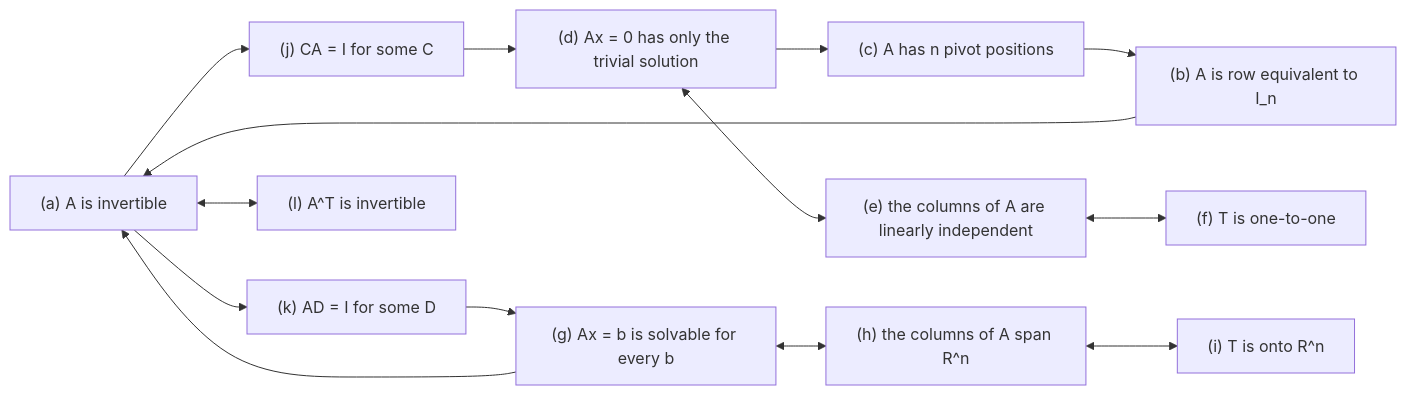
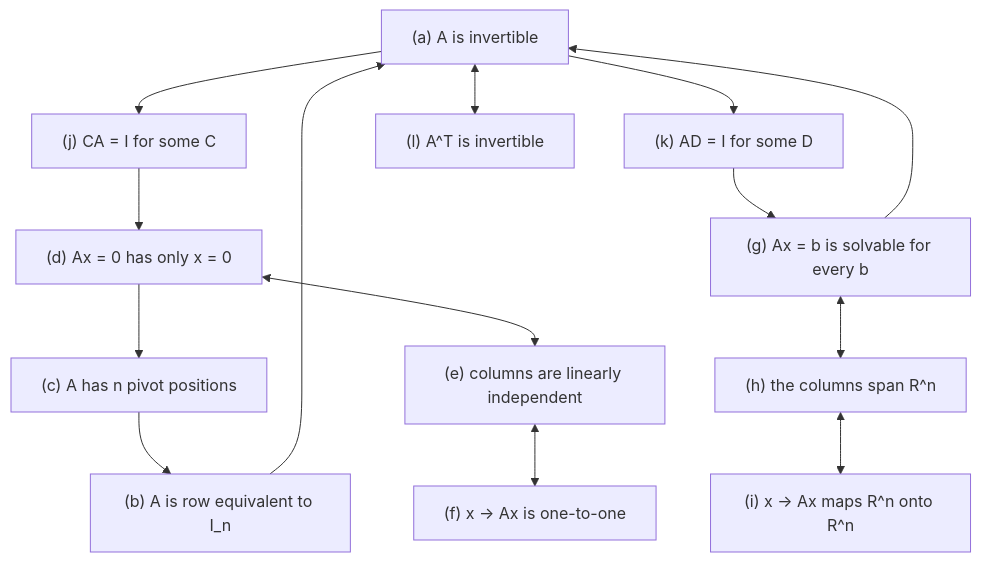
The first of 2 diagrams in CCT/CCT3/Lin. Alg/B2 - K1 - Karakterisering af invertible marticer og underrum..md (8u5h1d0/CCT-AAU), drawn with Mermaid before and after one commit. The commit also changed other lines of this file and 22 other files, not shown here.

````diff
--- a/CCT/CCT3/Lin. Alg/B2 - K1 - Karakterisering af invertible marticer og underrum..md
+++ b/CCT/CCT3/Lin. Alg/B2 - K1 - Karakterisering af invertible marticer og underrum..md
@@ -215,16 +136,16 @@
 ```mermaid
-flowchart LR
-  a["(a) A is invertible"] --> j["(j) CA = I for some C"]
-  j --> d["(d) Ax = 0 has only the trivial solution"]
-  d --> c["(c) A has n pivot positions"]
-  c --> b["(b) A is row equivalent to I_n"]
-  b --> a
-  a --> k["(k) AD = I for some D"]
-  k --> g["(g) Ax = b is solvable for every b"]
-  g --> a
-  g <--> h["(h) the columns of A span R^n"]
-  h <--> i["(i) T is onto R^n"]
-  d <--> e["(e) the columns of A are linearly independent"]
-  e <--> f["(f) T is one-to-one"]
-  a <--> l["(l) A^T is invertible"]
+flowchart TD
+    a["(a) A is invertible"] --> j["(j) CA = I for some C"]
+    j --> d["(d) Ax = 0 has only x = 0"]
+    d --> c["(c) A has n pivot positions"]
+    c --> b["(b) A is row equivalent to I_n"]
+    b --> a
+    a --> k["(k) AD = I for some D"]
+    k --> g["(g) Ax = b is solvable for every b"]
+    g --> a
+    d <--> e["(e) columns are linearly independent"]
+    e <--> f["(f) x -> Ax is one-to-one"]
+    g <--> h["(h) the columns span R^n"]
+    h <--> i["(i) x -> Ax maps R^n onto R^n"]
+    a <--> l["(l) A^T is invertible"]
 ```
````
